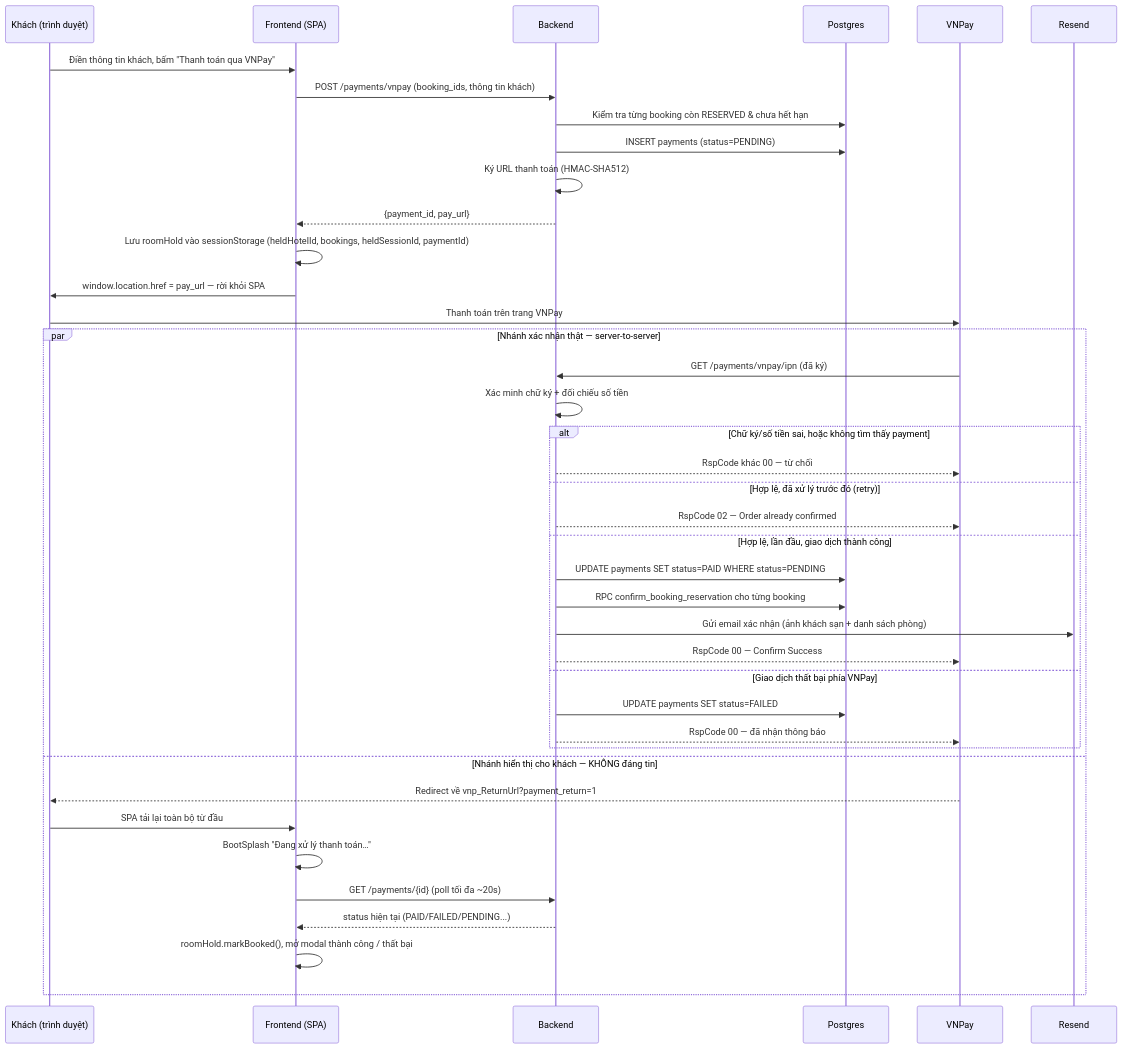
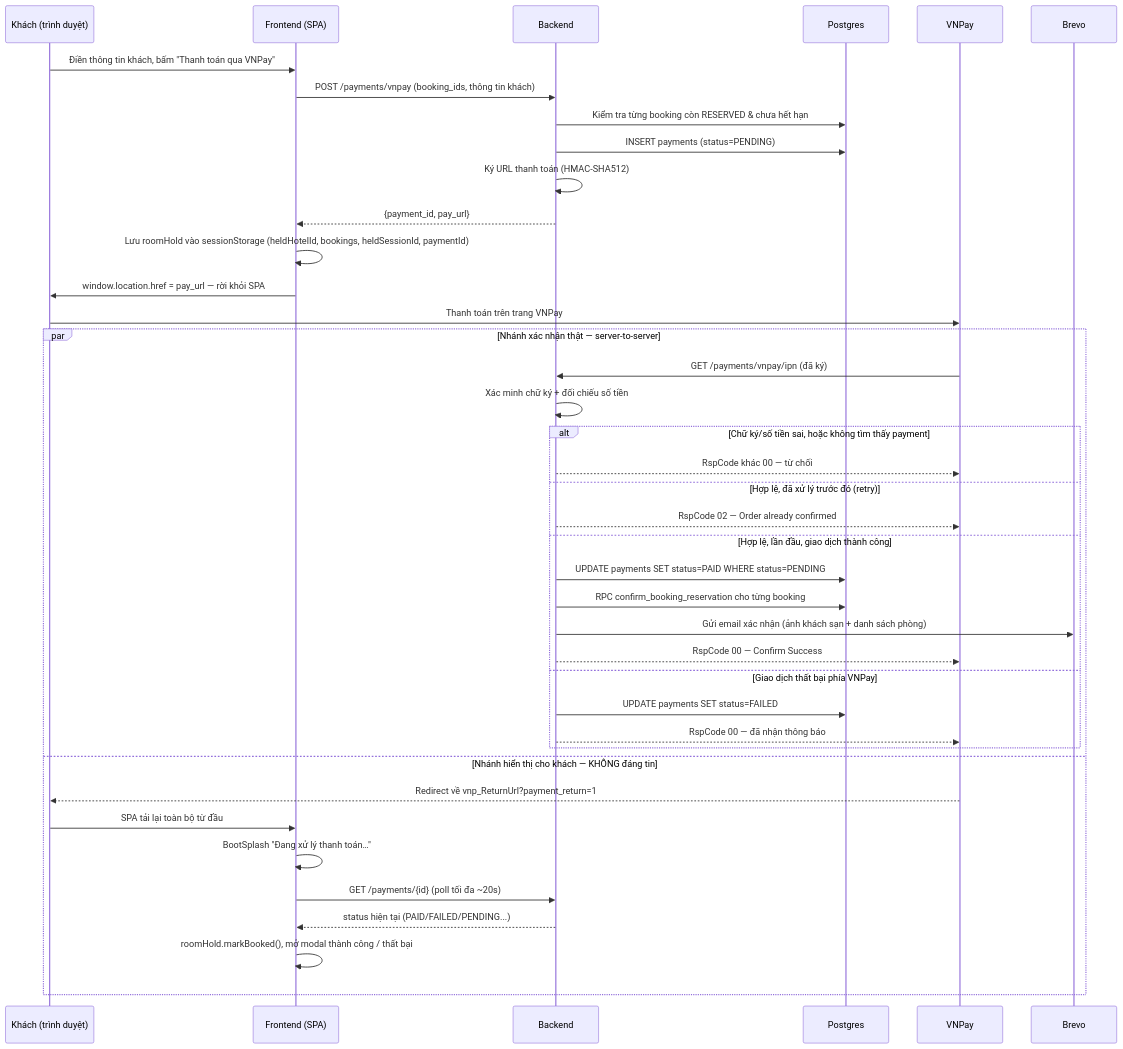
The fourth of 4 diagrams in docs/architecture/booking_and_payment_workflow_vi.md (0infinitive0/VSF-Intern-project), drawn with Mermaid before and after one commit. The commit also changed other lines of this file and 25 other files, not shown here.

````diff
--- a/docs/architecture/booking_and_payment_workflow_vi.md
+++ b/docs/architecture/booking_and_payment_workflow_vi.md
@@ -189,44 +189,44 @@
 ```mermaid
 sequenceDiagram
     participant G as Khách (trình duyệt)
     participant FE as Frontend (SPA)
     participant BE as Backend
     participant DB as Postgres
     participant VNP as VNPay
-    participant MAIL as Resend
+    participant MAIL as Brevo
 
     G->>FE: Điền thông tin khách, bấm "Thanh toán qua VNPay"
     FE->>BE: POST /payments/vnpay (booking_ids, thông tin khách)
     BE->>DB: Kiểm tra từng booking còn RESERVED & chưa hết hạn
     BE->>DB: INSERT payments (status=PENDING)
     BE->>BE: Ký URL thanh toán (HMAC-SHA512)
     BE-->>FE: {payment_id, pay_url}
     FE->>FE: Lưu roomHold vào sessionStorage (heldHotelId, bookings, heldSessionId, paymentId)
     FE->>G: window.location.href = pay_url — rời khỏi SPA
     G->>VNP: Thanh toán trên trang VNPay
 
     par Nhánh xác nhận thật — server-to-server
         VNP->>BE: GET /payments/vnpay/ipn (đã ký)
         BE->>BE: Xác minh chữ ký + đối chiếu số tiền
         alt Chữ ký/số tiền sai, hoặc không tìm thấy payment
             BE-->>VNP: RspCode khác 00 — từ chối
         else Hợp lệ, đã xử lý trước đó (retry)
             BE-->>VNP: RspCode 02 — Order already confirmed
         else Hợp lệ, lần đầu, giao dịch thành công
             BE->>DB: UPDATE payments SET status=PAID WHERE status=PENDING
             BE->>DB: RPC confirm_booking_reservation cho từng booking
             BE->>MAIL: Gửi email xác nhận (ảnh khách sạn + danh sách phòng)
             BE-->>VNP: RspCode 00 — Confirm Success
         else Giao dịch thất bại phía VNPay
             BE->>DB: UPDATE payments SET status=FAILED
             BE-->>VNP: RspCode 00 — đã nhận thông báo
         end
     and Nhánh hiển thị cho khách — KHÔNG đáng tin
         VNP-->>G: Redirect về vnp_ReturnUrl?payment_return=1
         G->>FE: SPA tải lại toàn bộ từ đầu
         FE->>FE: BootSplash "Đang xử lý thanh toán…"
         FE->>BE: GET /payments/{id} (poll tối đa ~20s)
         BE-->>FE: status hiện tại (PAID/FAILED/PENDING...)
         FE->>FE: roomHold.markBooked(), mở modal thành công / thất bại
     end
 ```
````
